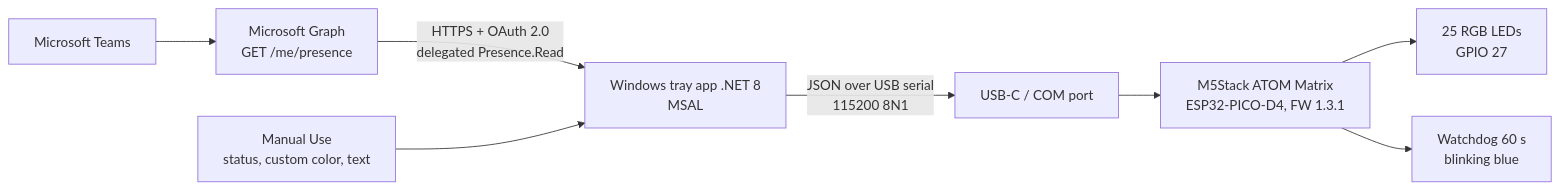
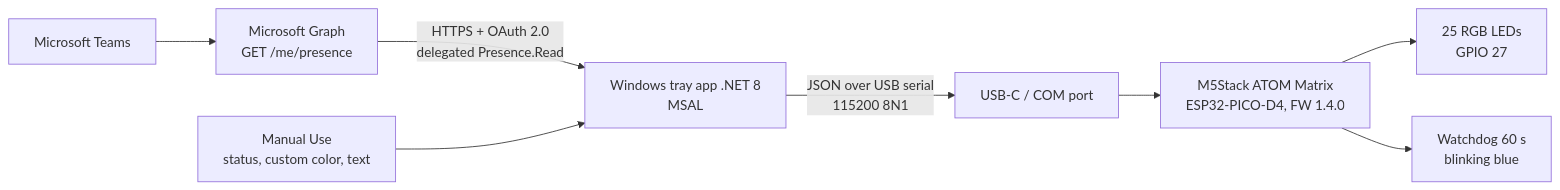
The diagram in DIAGRAM.md (MarcosBordon/BusyLightStatus), drawn with Mermaid before and after one commit. The commit also changed 2 other files, not shown here.

Commit message:
v4: FW 1.4.0, easter egg hint in README

````diff
--- a/DIAGRAM.md
+++ b/DIAGRAM.md
@@ -3,10 +3,10 @@
 ```mermaid
 flowchart LR
   T[Microsoft Teams] --> G[Microsoft Graph<br/>GET /me/presence]
   G -->|HTTPS + OAuth 2.0<br/>delegated Presence.Read| A[Windows tray app .NET 8<br/>MSAL]
   M[Manual Use<br/>status, custom color, text] --> A
   A -->|JSON over USB serial<br/>115200 8N1| U[USB-C / COM port]
-  U --> E[M5Stack ATOM Matrix<br/>ESP32-PICO-D4, FW 1.3.1]
+  U --> E[M5Stack ATOM Matrix<br/>ESP32-PICO-D4, FW 1.4.0]
   E --> L[25 RGB LEDs<br/>GPIO 27]
   E --> W[Watchdog 60 s<br/>blinking blue]
 ```
````
